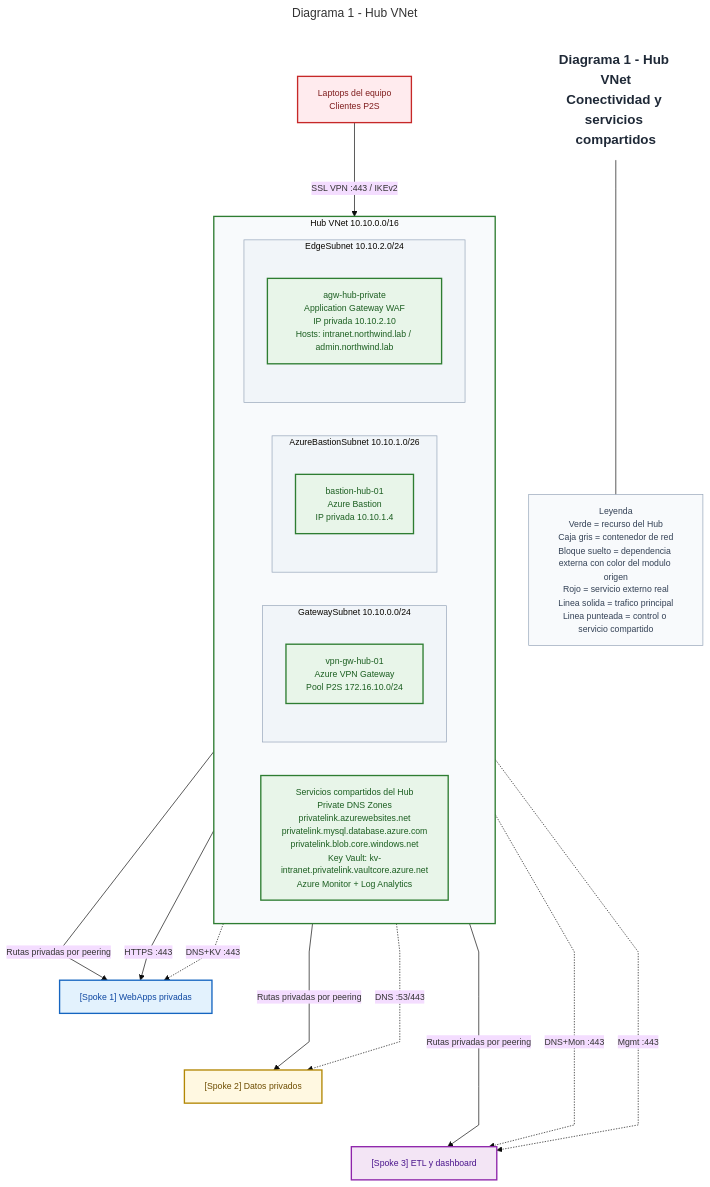
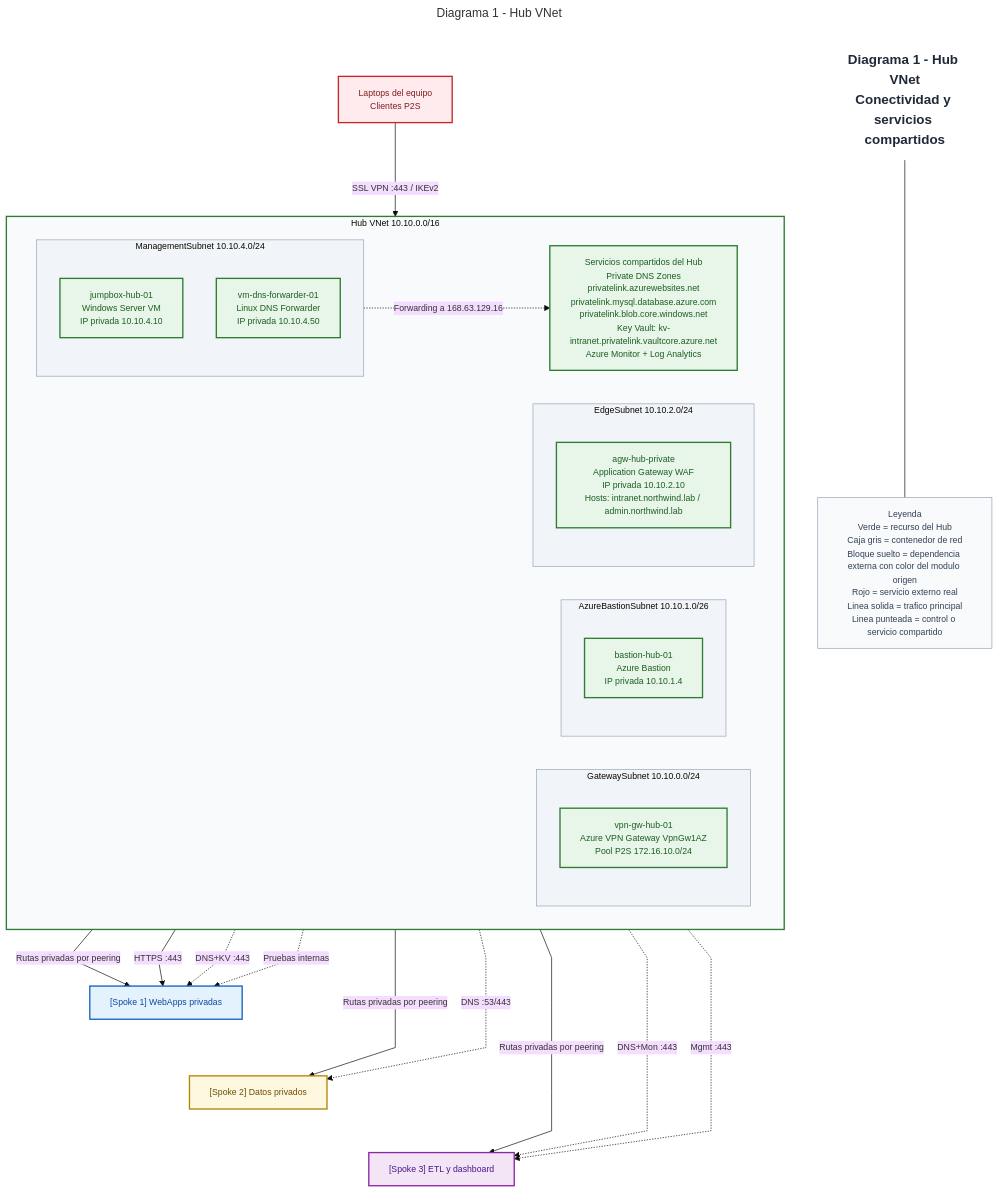
Before and after one commit to Eickyair/azure-hubspoke-private-intranet: the diagram in docs/arquitectura/hub-vnet-detalle.mmd, drawn with Mermaid. The commit also changed 6 other files, not shown here.

Commit message:
docs: update architecture diagrams and component documentation to align with Terraform infrastructure

```diff
--- a/docs/arquitectura/hub-vnet-detalle.mmd
+++ b/docs/arquitectura/hub-vnet-detalle.mmd
@@ -1,59 +1,68 @@
 ---
 title: Diagrama 1 - Hub VNet
 ---
 %%{init: {"theme": "base", "flowchart": {"curve": "linear", "nodeSpacing": 50, "rankSpacing": 65}, "themeVariables": {"fontFamily": "Trebuchet MS", "fontSize": "13px"}} }%%
 flowchart TB
     title["Diagrama 1 - Hub VNet<br/>Conectividad y servicios compartidos"]:::title
     legend["Leyenda<br/>Verde = recurso del Hub<br/>Caja gris = contenedor de red<br/>Bloque suelto = dependencia externa con color del modulo origen<br/>Rojo = servicio externo real<br/>Linea solida = trafico principal<br/>Linea punteada = control o servicio compartido"]:::legend
     title --- legend
 
     subgraph hubvnet["Hub VNet 10.10.0.0/16"]
         direction LR
         subgraph gwsubnet["GatewaySubnet 10.10.0.0/24"]
             direction TB
-            vpn["vpn-gw-hub-01<br/>Azure VPN Gateway<br/>Pool P2S 172.16.10.0/24"]:::hub
+            vpn["vpn-gw-hub-01<br/>Azure VPN Gateway VpnGw1AZ<br/>Pool P2S 172.16.10.0/24"]:::hub
         end
 
         subgraph bastionsubnet["AzureBastionSubnet 10.10.1.0/26"]
             direction TB
             bastion["bastion-hub-01<br/>Azure Bastion<br/>IP privada 10.10.1.4"]:::hub
         end
 
         subgraph edgesubnet["EdgeSubnet 10.10.2.0/24"]
             direction TB
             agw["agw-hub-private<br/>Application Gateway WAF<br/>IP privada 10.10.2.10<br/>Hosts: intranet.northwind.lab / admin.northwind.lab"]:::hub
+        end
+
+        subgraph mgmtsubnet["ManagementSubnet 10.10.4.0/24"]
+            direction TB
+            jumpbox["jumpbox-hub-01<br/>Windows Server VM<br/>IP privada 10.10.4.10"]:::hub
+            dnsforwarder["vm-dns-forwarder-01<br/>Linux DNS Forwarder<br/>IP privada 10.10.4.50"]:::hub
         end
 
         shared["Servicios compartidos del Hub<br/>Private DNS Zones<br/>privatelink.azurewebsites.net<br/>privatelink.mysql.database.azure.com<br/>privatelink.blob.core.windows.net<br/>Key Vault: kv-intranet.privatelink.vaultcore.azure.net<br/>Azure Monitor + Log Analytics"]:::hub
     end
 
     laptops["Laptops del equipo<br/>Clientes P2S"]:::external
     spoke1["[Spoke 1] WebApps privadas"]:::app
     spoke2["[Spoke 2] Datos privados"]:::data
     spoke3["[Spoke 3] ETL y dashboard"]:::analytics
 
     laptops -->|"SSL VPN :443 / IKEv2"| vpn
     vpn -->|"Rutas privadas por peering"| spoke1
     vpn -->|"Rutas privadas por peering"| spoke2
     vpn -->|"Rutas privadas por peering"| spoke3
     agw -->|"HTTPS :443"| spoke1
     shared -.->|"DNS+KV :443"| spoke1
     shared -.->|"DNS :53/443"| spoke2
     shared -.->|"DNS+Mon :443"| spoke3
     bastion -.->|"Mgmt :443"| spoke3
+    jumpbox -.->|"Pruebas internas"| spoke1
+    dnsforwarder -.->|"Forwarding a 168.63.129.16"| shared
 
     spoke1 ~~~ spoke2
     spoke2 ~~~ spoke3
 
     style hubvnet fill:#f8fafc,stroke:#2e7d32,stroke-width:2px;
     style gwsubnet fill:#f1f5f9,stroke:#94a3b8,stroke-width:1px;
     style bastionsubnet fill:#f1f5f9,stroke:#94a3b8,stroke-width:1px;
     style edgesubnet fill:#f1f5f9,stroke:#94a3b8,stroke-width:1px;
+    style mgmtsubnet fill:#f1f5f9,stroke:#94a3b8,stroke-width:1px;
 
     classDef title fill:#ffffff,stroke:#ffffff,color:#1f2937,font-size:20px,font-weight:bold;
     classDef legend fill:#f8fafc,stroke:#94a3b8,color:#334155;
     classDef hub fill:#e8f5e9,stroke:#2e7d32,color:#1b5e20,stroke-width:2px;
     classDef app fill:#e3f2fd,stroke:#1565c0,color:#0d47a1,stroke-width:2px;
     classDef data fill:#fff8e1,stroke:#b28704,color:#6d4c00,stroke-width:2px;
     classDef analytics fill:#f3e5f5,stroke:#8e24aa,color:#4a148c,stroke-width:2px;
     classDef external fill:#ffebee,stroke:#c62828,color:#7f1d1d,stroke-width:2px;
```
